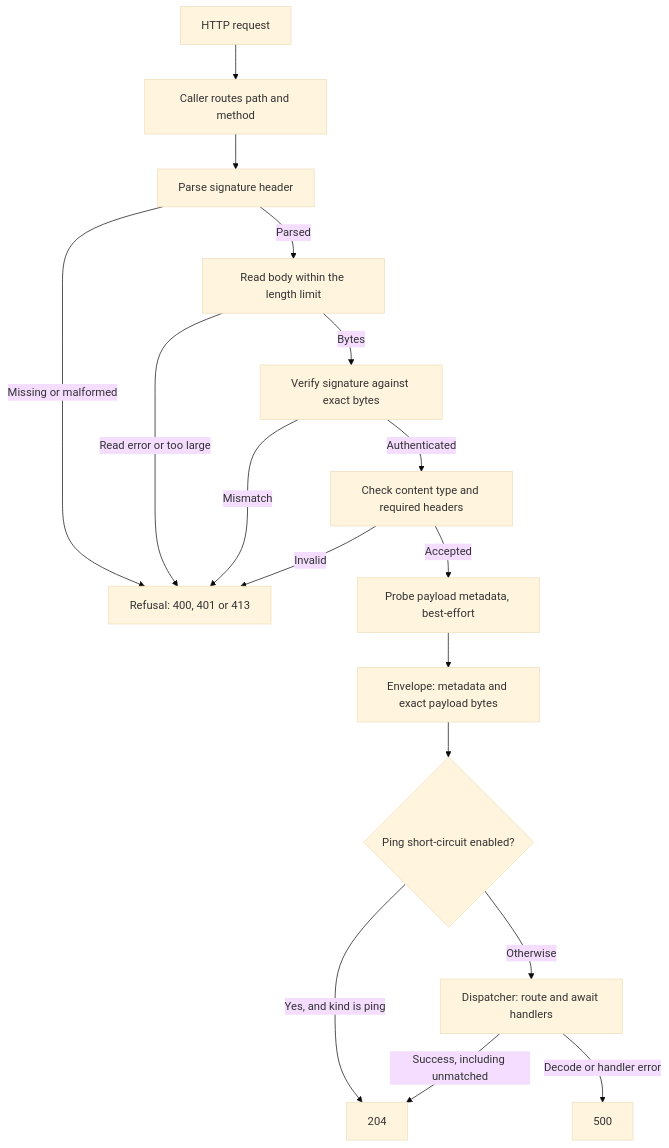
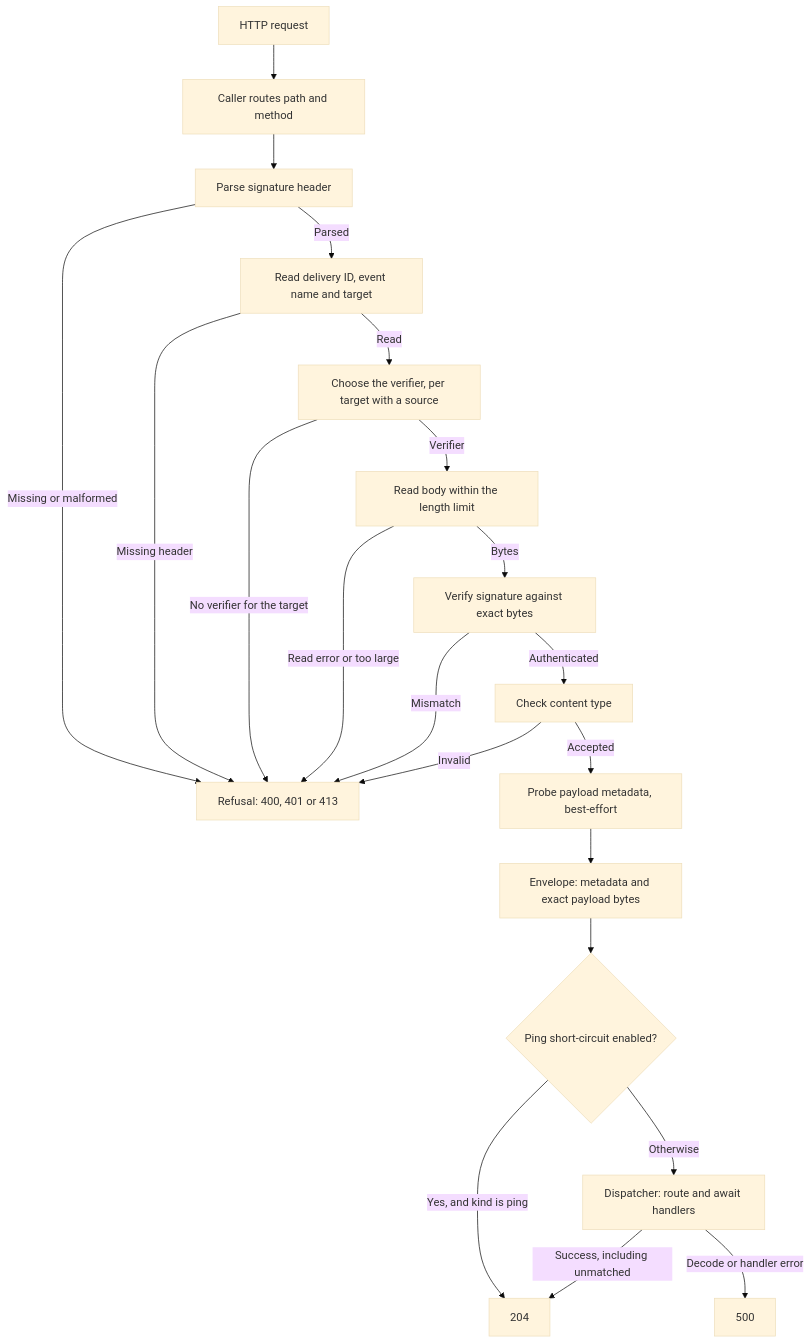
The first of 3 diagrams in docs/guide.md (sagikazarmark/octoevents), drawn with Mermaid (base theme) before and after one commit. The commit also changed other lines of this file and 12 other files, not shown here.

First line of the commit message:
feat: select the webhook secret per request from the target headers

````diff
--- a/docs/guide.md
+++ b/docs/guide.md
@@ -22,19 +22,23 @@
 ```mermaid
 flowchart TD
     Request[HTTP request] --> Router[Caller routes path and method]
     Router --> Signature[Parse signature header]
     Signature -->|Missing or malformed| Refusal[Refusal: 400, 401 or 413]
-    Signature -->|Parsed| Body[Read body within the length limit]
+    Signature -->|Parsed| Meta[Read delivery ID, event name and target]
+    Meta -->|Missing header| Refusal
+    Meta -->|Read| Source[Choose the verifier, per target with a source]
+    Source -->|No verifier for the target| Refusal
+    Source -->|Verifier| Body[Read body within the length limit]
     Body -->|Read error or too large| Refusal
     Body -->|Bytes| Verify[Verify signature against exact bytes]
     Verify -->|Mismatch| Refusal
-    Verify -->|Authenticated| Headers[Check content type and required headers]
+    Verify -->|Authenticated| Headers[Check content type]
     Headers -->|Invalid| Refusal
     Headers -->|Accepted| Probe[Probe payload metadata, best-effort]
     Probe --> Envelope[Envelope: metadata and exact payload bytes]
     Envelope --> Ping{Ping short-circuit enabled?}
     Ping -->|Yes, and kind is ping| Success[204]
     Ping -->|Otherwise| Dispatch[Dispatcher: route and await handlers]
     Dispatch -->|Success, including unmatched| Success
     Dispatch -->|Decode or handler error| Failure[500]
 ```
````
